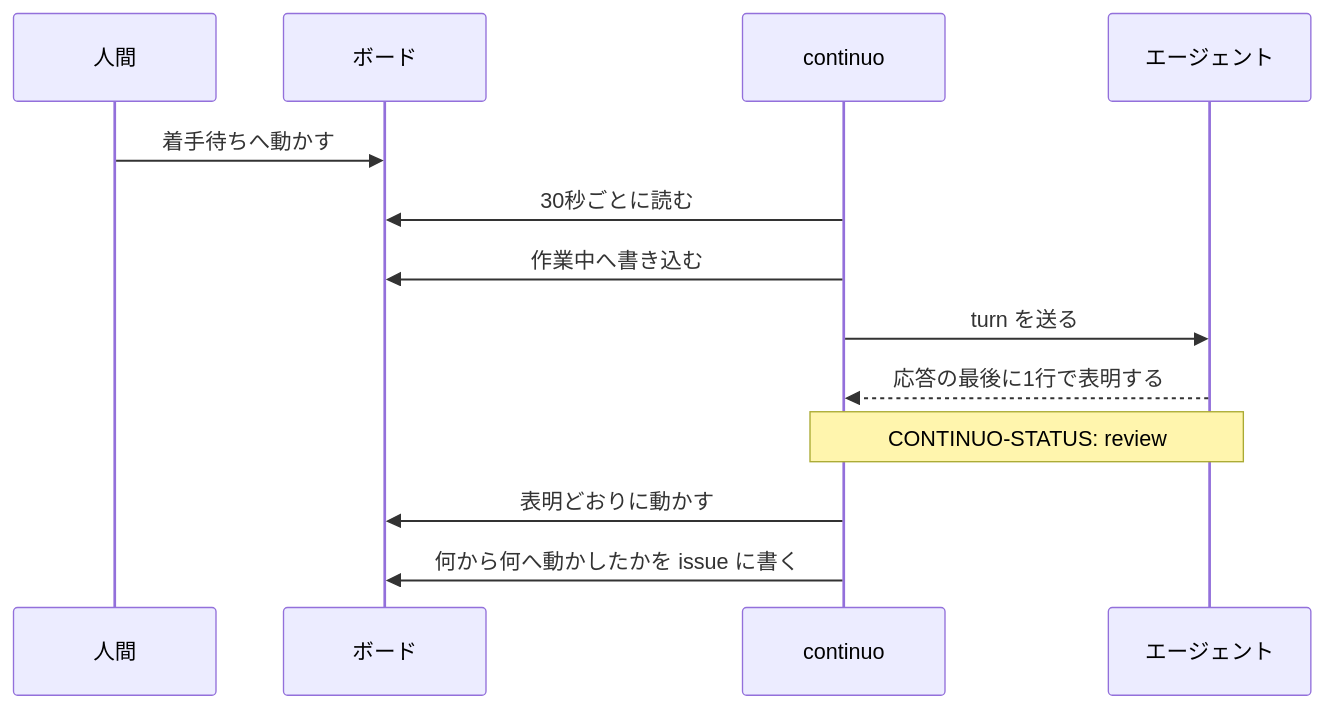
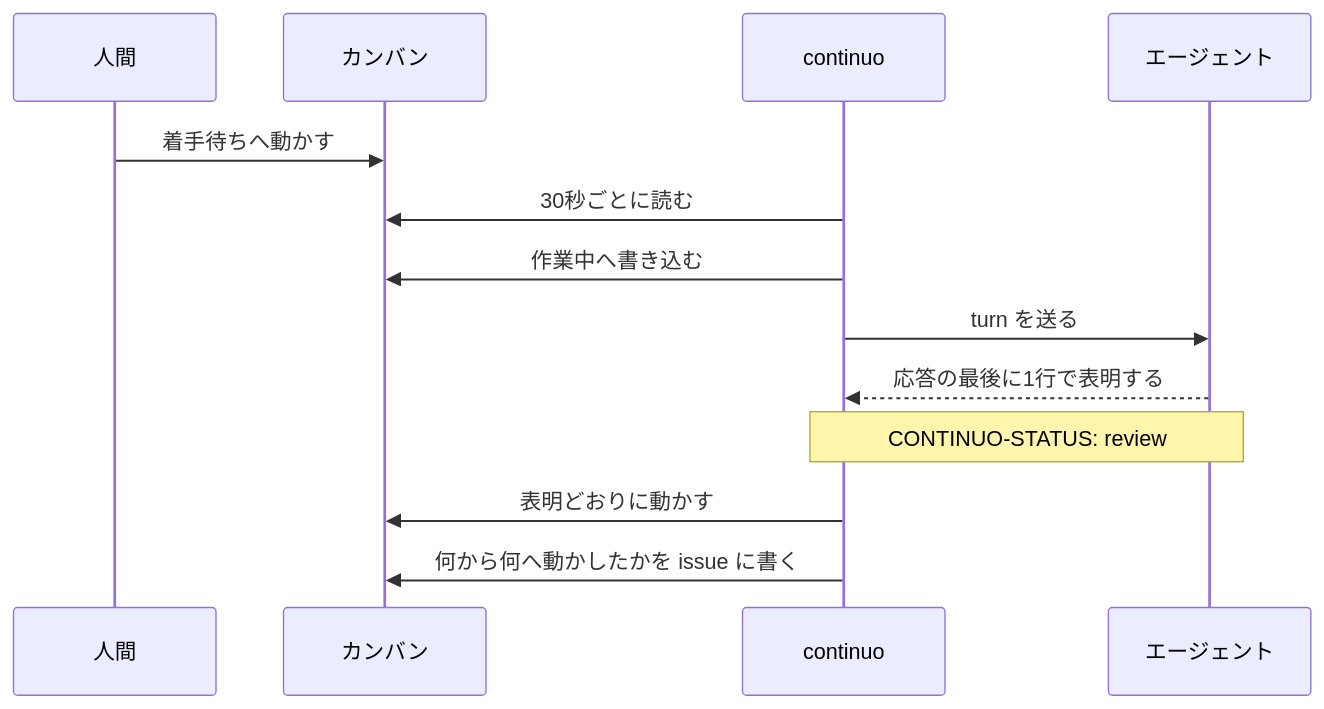
The second of 6 diagrams in docs/agent_life_cycle.md (maimuzo/continuo), drawn with Mermaid before and after one commit. The commit also changed other lines of this file and 161 other files, not shown here.

First line of the commit message:
日本語の「ボード」を「カンバン」へ揃える 翻訳用語集の決定に合わせる

````diff
--- a/docs/agent_life_cycle.md
+++ b/docs/agent_life_cycle.md
@@ -105,16 +105,16 @@
 ```mermaid
 sequenceDiagram
     participant H as 人間
-    participant B as ボード
+    participant B as カンバン
     participant C as continuo
     participant A as エージェント
 
     H->>B: 着手待ちへ動かす
     C->>B: 30秒ごとに読む
     C->>B: 作業中へ書き込む
     C->>A: turn を送る
     A-->>C: 応答の最後に1行で表明する
     Note over A,C: CONTINUO-STATUS: review
     C->>B: 表明どおりに動かす
     C->>B: 何から何へ動かしたかを issue に書く
 ```
````
